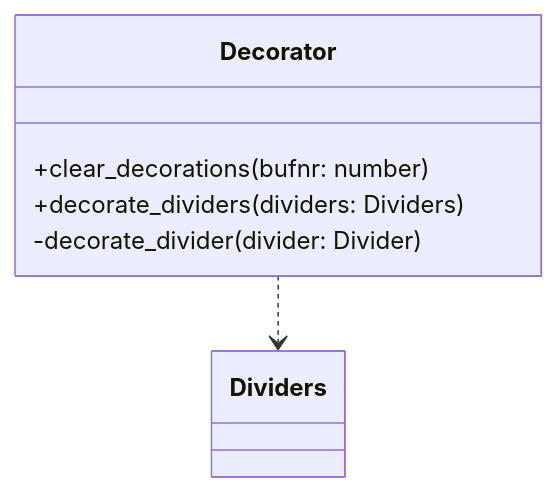
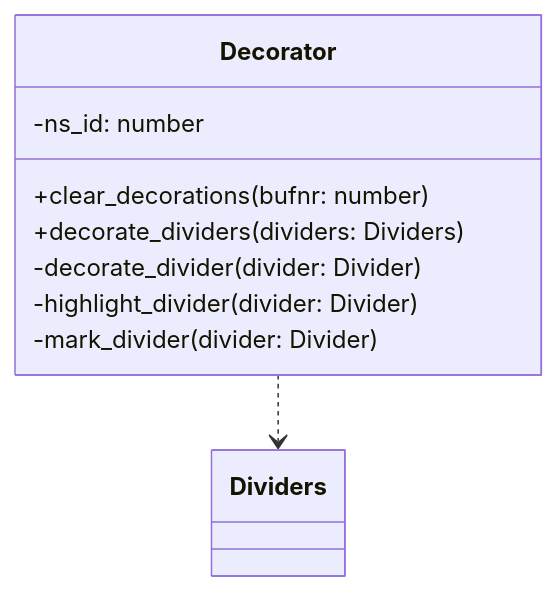
One commit to niuiic/divider.nvim changed the third of 8 diagrams in DESIGN.md. Above: the diagram before and after it, drawn with Mermaid. The commit also changed 5 other files, not shown here.

````diff
--- a/DESIGN.md
+++ b/DESIGN.md
@@ -110,9 +110,13 @@
 ```mermaid
 classDiagram
     Decorator ..> Dividers
     class Decorator {
         +clear_decorations(bufnr: number)
         +decorate_dividers(dividers: Dividers)
         -decorate_divider(divider: Divider)
+        -highlight_divider(divider: Divider)
+        -mark_divider(divider: Divider)
+
+        -ns_id: number
     }
 ```
````
